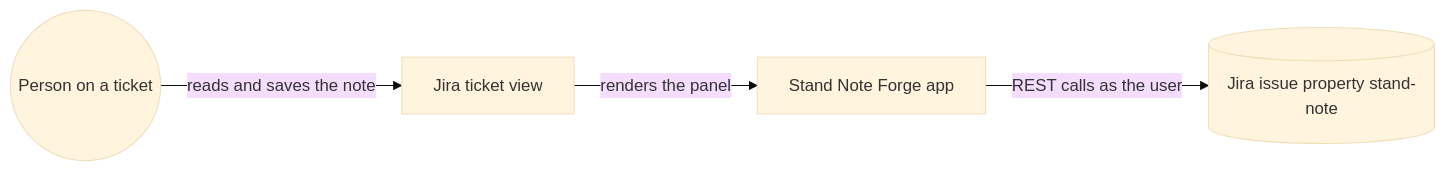
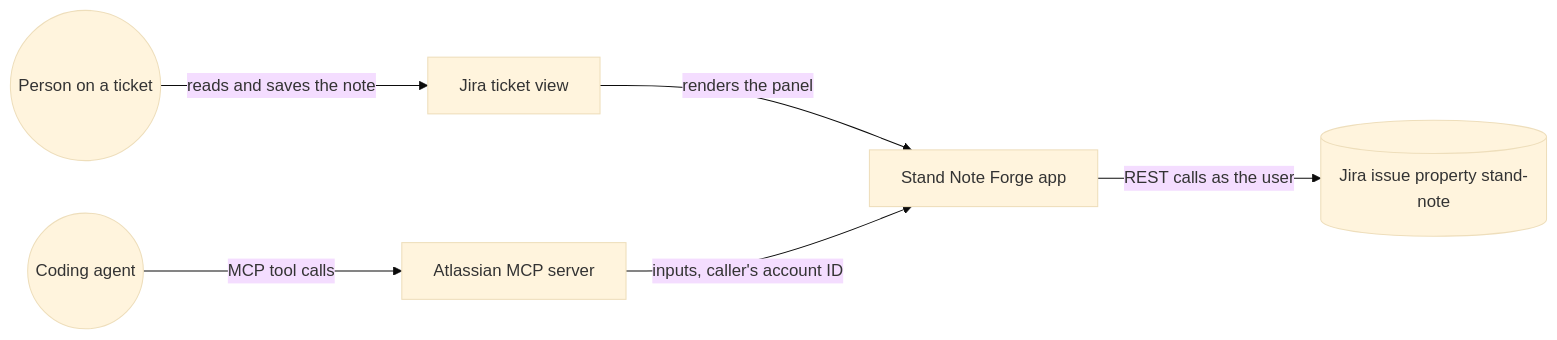
Before and after one commit to dzaffren/dogear: the first of 2 diagrams in docs/ARCHITECTURE.md, drawn with Mermaid (base theme). The commit also changed other lines of this file and 26 other files, not shown here.

First line of the commit message:
feat(app): let a coding agent keep the stand note through MCP (#2)

````diff
--- a/docs/ARCHITECTURE.md
+++ b/docs/ARCHITECTURE.md
@@ -7,6 +7,8 @@
 ```mermaid
 flowchart LR
     U((Person on a ticket)) -- "reads and saves the note" --> J[Jira ticket view]
     J -- "renders the panel" --> A[Stand Note Forge app]
+    G((Coding agent)) -- "MCP tool calls" --> M[Atlassian MCP server]
+    M -- "inputs, caller's account ID" --> A
     A -- "REST calls as the user" --> P[(Jira issue property stand-note)]
 ```
````
